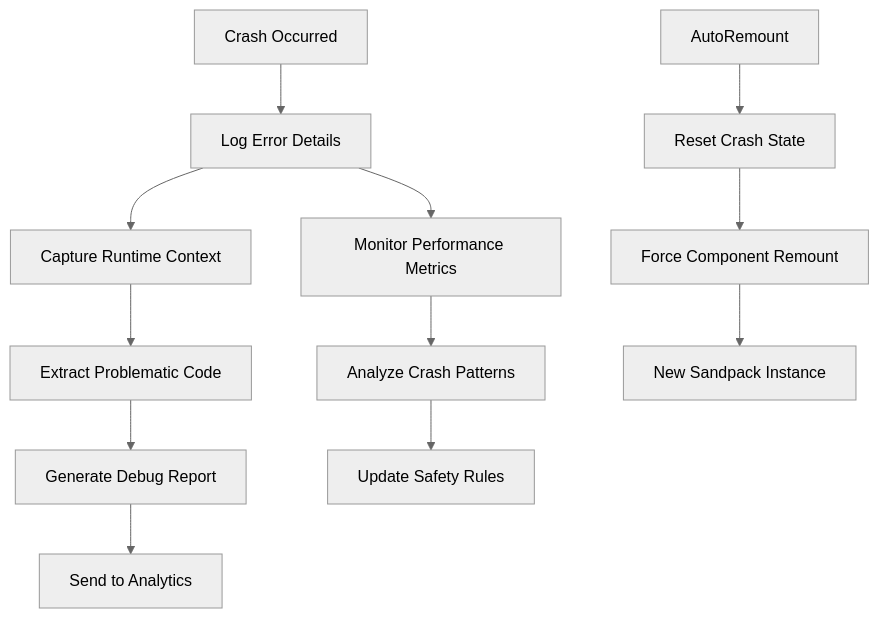
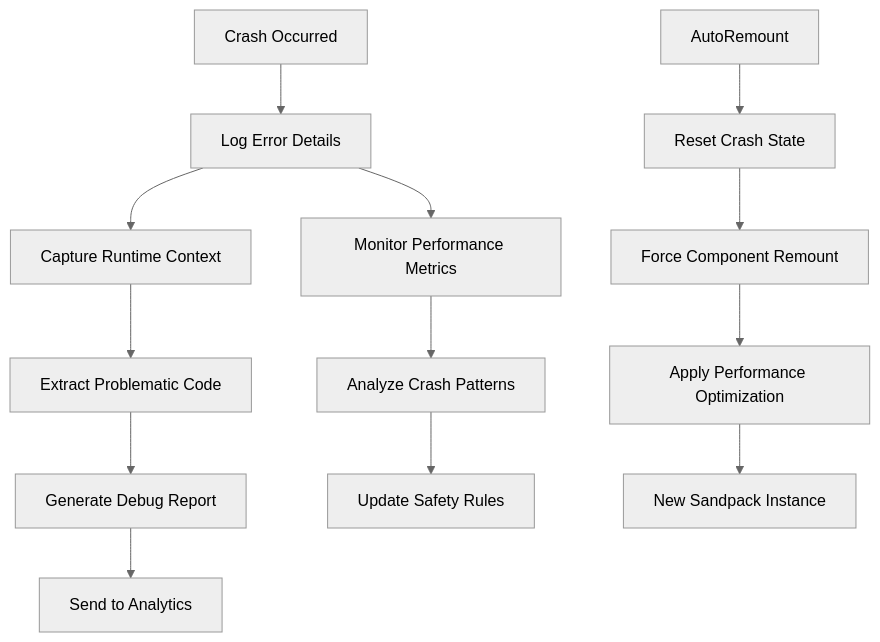
The tenth of 11 diagrams in .qoder/repowiki/en/content/Sandbox Runtime Crash Handling.md (shekhargiri005-dotcom/AI-powered-accessibility-first-UI-engine), drawn with Mermaid (neutral theme) before and after one commit. The commit also changed other lines of this file and 5 other files, not shown here.

````diff
--- a/.qoder/repowiki/en/content/Sandbox Runtime Crash Handling.md
+++ b/.qoder/repowiki/en/content/Sandbox Runtime Crash Handling.md
@@ -436,14 +471,15 @@
 ```mermaid
 flowchart TD
 CrashOccurred[Crash Occurred] --> LogError[Log Error Details]
 LogError --> CaptureContext[Capture Runtime Context]
 CaptureContext --> ExtractCode[Extract Problematic Code]
 ExtractCode --> GenerateReport[Generate Debug Report]
 GenerateReport --> SendToAnalytics[Send to Analytics]
 LogError --> MonitorMetrics[Monitor Performance Metrics]
 MonitorMetrics --> AnalyzePatterns[Analyze Crash Patterns]
 AnalyzePatterns --> UpdateSafetyRules[Update Safety Rules]
 AutoRemount --> ResetState[Reset Crash State]
 ResetState --> ForceRemount[Force Component Remount]
-ForceRemount --> NewInstance[New Sandpack Instance]
+ForceRemount --> QueueMicrotask[Apply Performance Optimization]
+QueueMicrotask --> NewInstance[New Sandpack Instance]
 ```
````
